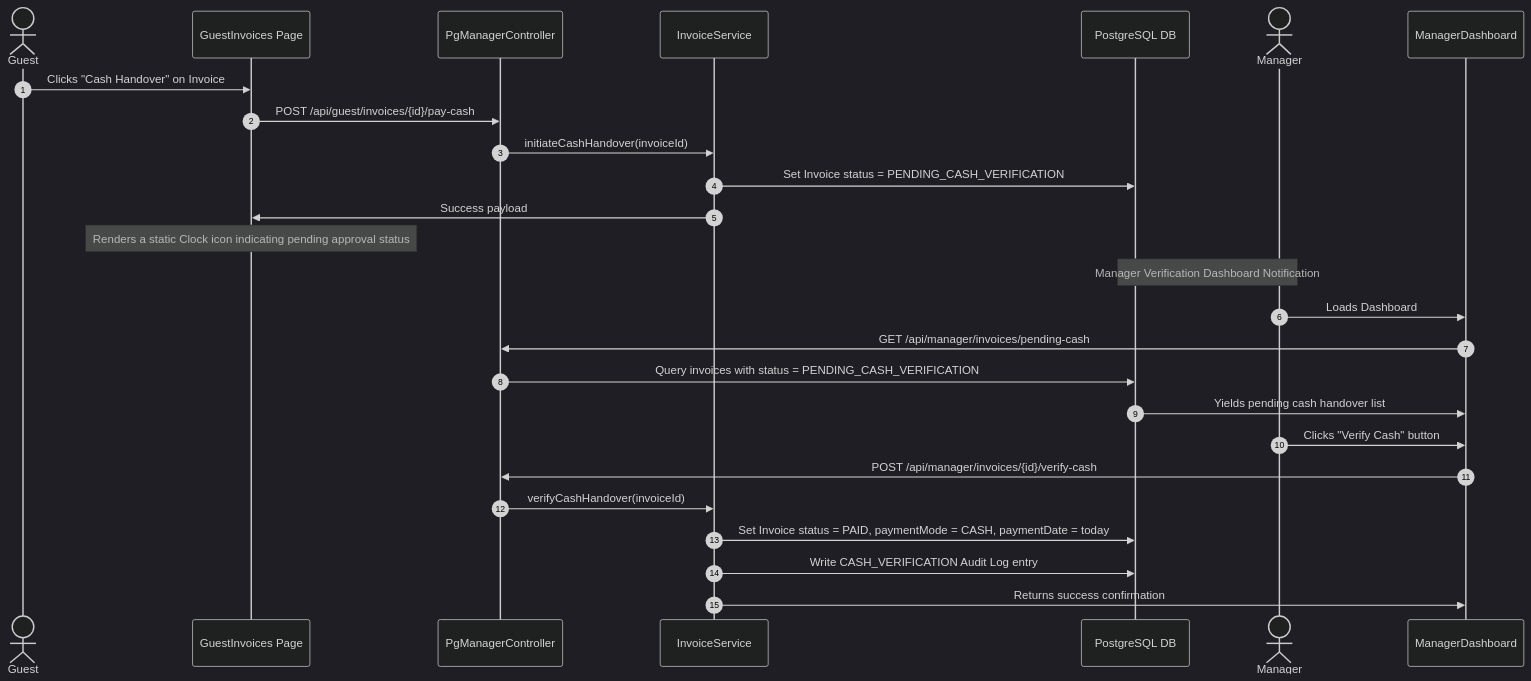
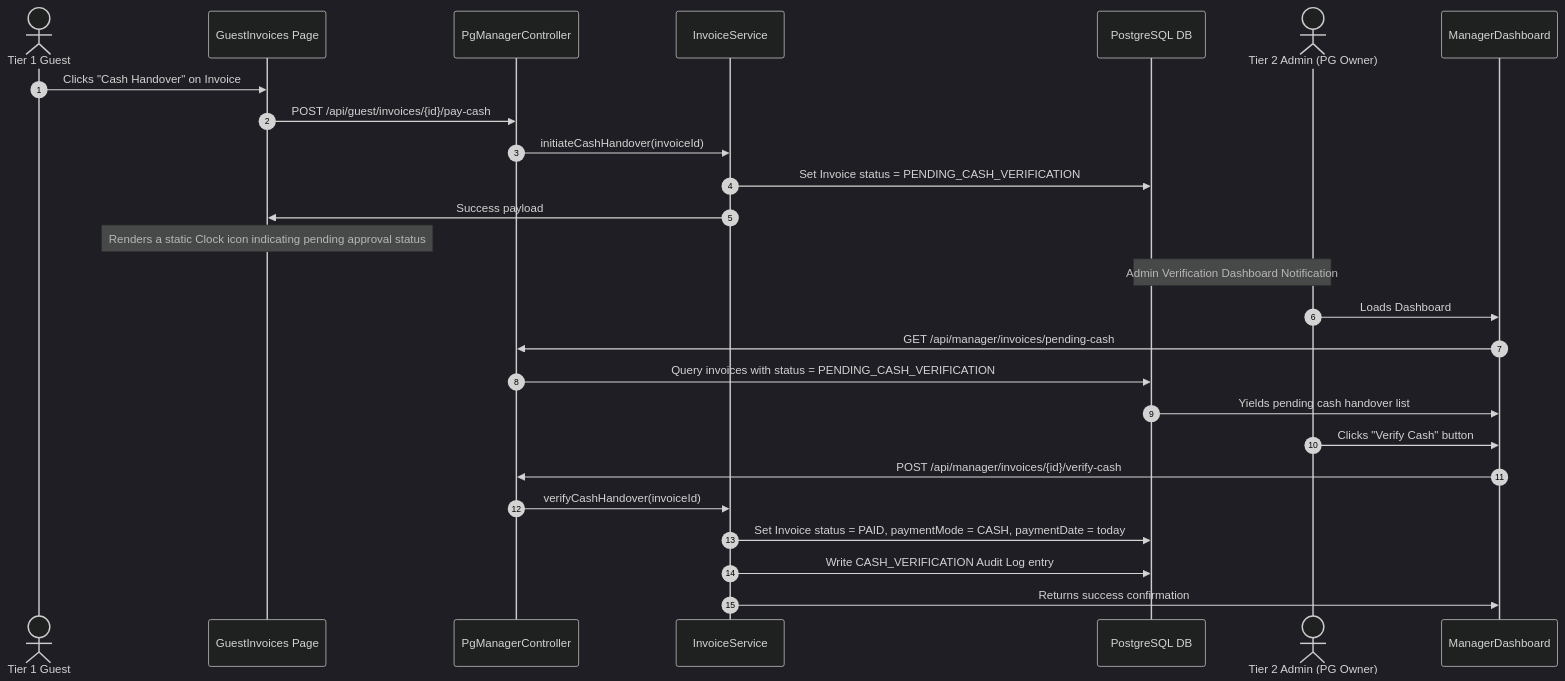
Diagram 19 of 21 in docs/WORKFLOWS.md (rahul-0906/PG-Project), drawn with Mermaid (dark theme) before and after one commit. The commit also changed other lines of this file and 7 other files, not shown here.

Commit message:
Comprehensive documentation overhaul: update 4-tier roles, workflows, calculations, architecture, and onboarding SOP

````diff
--- a/docs/WORKFLOWS.md
+++ b/docs/WORKFLOWS.md
@@ -629,31 +640,31 @@
 ```mermaid
 sequenceDiagram
     autonumber
-    actor Guest
+    actor Guest as Tier 1 Guest
     participant Portal as GuestInvoices Page
     participant Controller as PgManagerController
     participant Service as InvoiceService
     participant DB as PostgreSQL DB
-    actor Manager
+    actor Admin as Tier 2 Admin (PG Owner)
     participant Dashboard as ManagerDashboard
 
     Guest->>Portal: Clicks "Cash Handover" on Invoice
     Portal->>Controller: POST /api/guest/invoices/{id}/pay-cash
     Controller->>Service: initiateCashHandover(invoiceId)
     Service->>DB: Set Invoice status = PENDING_CASH_VERIFICATION
     Service->>Portal: Success payload
     Note over Portal: Renders a static Clock icon indicating pending approval status
 
-    Note over Manager, DB: Manager Verification Dashboard Notification
-    Manager->>Dashboard: Loads Dashboard
+    Note over Admin, DB: Admin Verification Dashboard Notification
+    Admin->>Dashboard: Loads Dashboard
     Dashboard->>Controller: GET /api/manager/invoices/pending-cash
     Controller->>DB: Query invoices with status = PENDING_CASH_VERIFICATION
     DB->>Dashboard: Yields pending cash handover list
     
-    Manager->>Dashboard: Clicks "Verify Cash" button
+    Admin->>Dashboard: Clicks "Verify Cash" button
     Dashboard->>Controller: POST /api/manager/invoices/{id}/verify-cash
     Controller->>Service: verifyCashHandover(invoiceId)
     Service->>DB: Set Invoice status = PAID, paymentMode = CASH, paymentDate = today
     Service->>DB: Write CASH_VERIFICATION Audit Log entry
     Service->>Dashboard: Returns success confirmation
 ```
````
